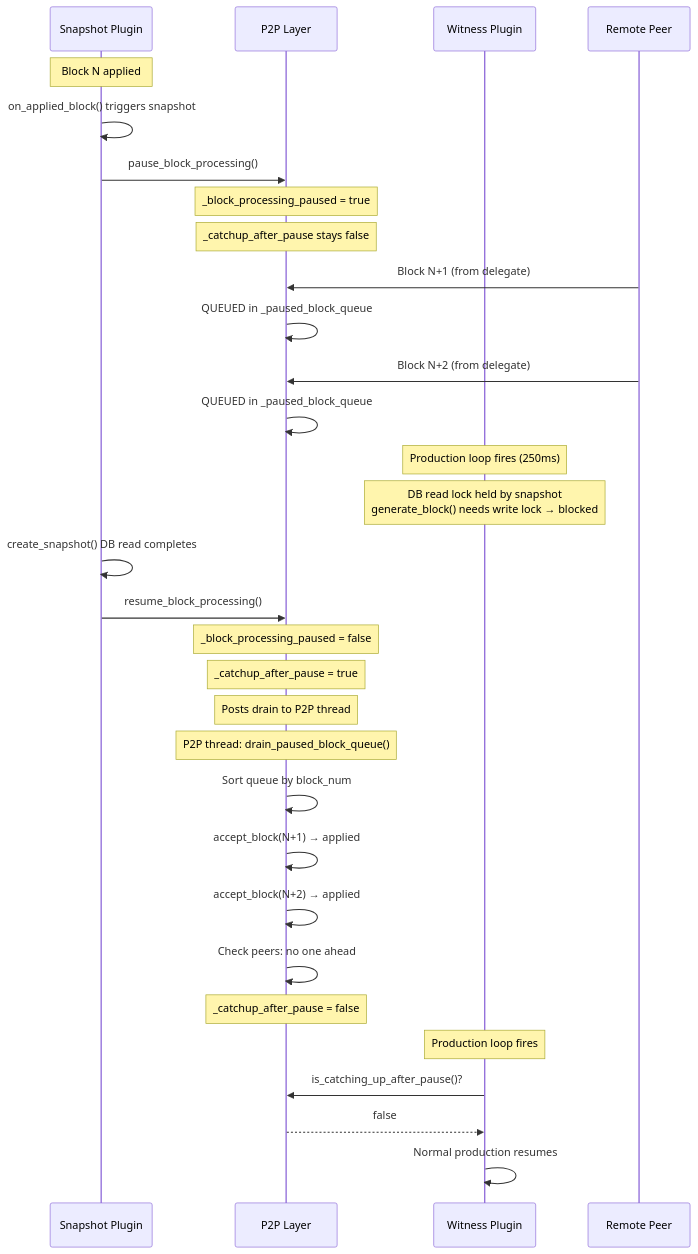
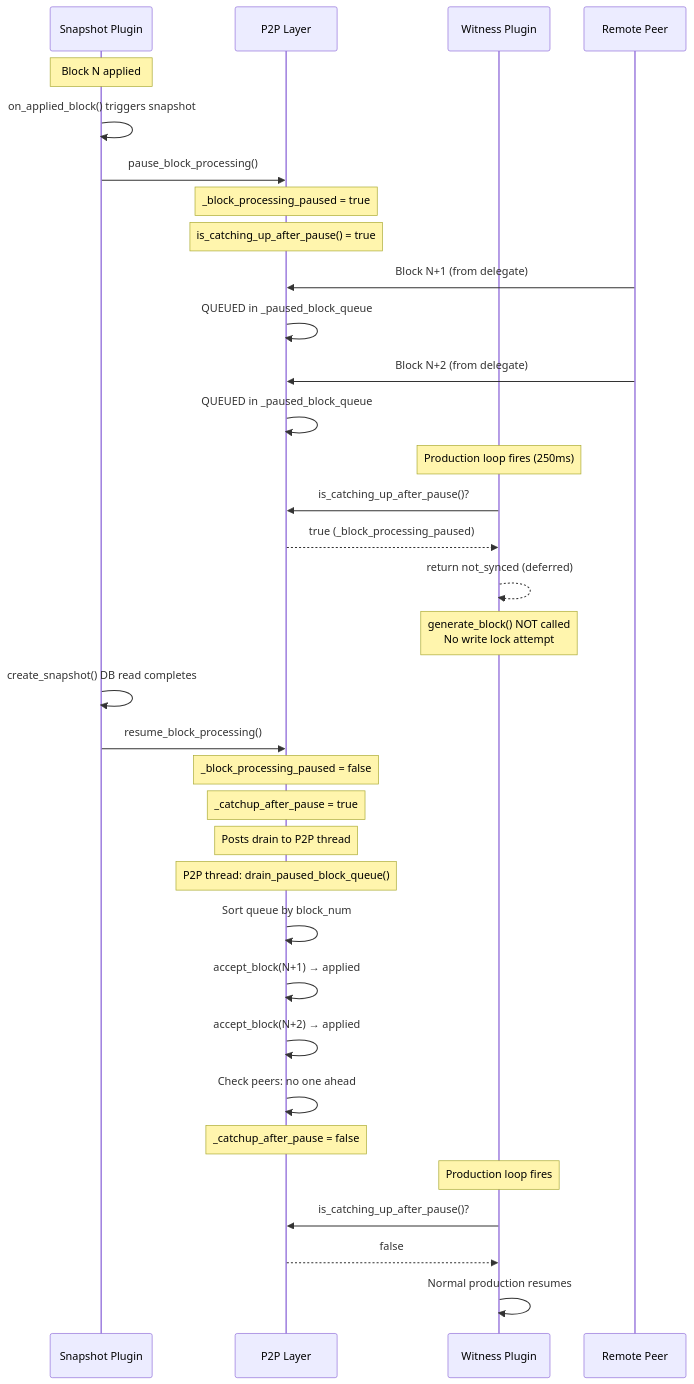
The first of 4 diagrams in .qoder/docs/snapshot-pause-workflow.md (VIZ-Blockchain/viz-cpp-node), drawn with Mermaid before and after one commit. The commit also changed other lines of this file and 3 other files, not shown here.

First line of the commit message:
fix: buffer blocks during snapshot pause and defer witness production

````diff
--- a/.qoder/docs/snapshot-pause-workflow.md
+++ b/.qoder/docs/snapshot-pause-workflow.md
@@ -14,39 +14,42 @@
 ```mermaid
 sequenceDiagram
     participant SP as Snapshot Plugin
     participant P2P as P2P Layer
     participant W as Witness Plugin
     participant Peer as Remote Peer
 
     Note over SP: Block N applied
     SP->>SP: on_applied_block() triggers snapshot
     SP->>P2P: pause_block_processing()
     Note over P2P: _block_processing_paused = true
-    Note over P2P: _catchup_after_pause stays false
+    Note over P2P: is_catching_up_after_pause() = true
 
     Peer->>P2P: Block N+1 (from delegate)
     P2P->>P2P: QUEUED in _paused_block_queue
     Peer->>P2P: Block N+2 (from delegate)
     P2P->>P2P: QUEUED in _paused_block_queue
 
     Note over W: Production loop fires (250ms)
-    Note over W: DB read lock held by snapshot<br/>generate_block() needs write lock → blocked
+    W->>P2P: is_catching_up_after_pause()?
+    P2P-->>W: true (_block_processing_paused)
+    W-->>W: return not_synced (deferred)
+    Note over W: generate_block() NOT called<br/>No write lock attempt
 
     SP->>SP: create_snapshot() DB read completes
     SP->>P2P: resume_block_processing()
     Note over P2P: _block_processing_paused = false
     Note over P2P: _catchup_after_pause = true
     Note over P2P: Posts drain to P2P thread
 
     Note over P2P: P2P thread: drain_paused_block_queue()
     P2P->>P2P: Sort queue by block_num
     P2P->>P2P: accept_block(N+1) → applied
     P2P->>P2P: accept_block(N+2) → applied
     P2P->>P2P: Check peers: no one ahead
     Note over P2P: _catchup_after_pause = false
 
     Note over W: Production loop fires
     W->>P2P: is_catching_up_after_pause()?
     P2P-->>W: false
     W->>W: Normal production resumes
 ```
````
